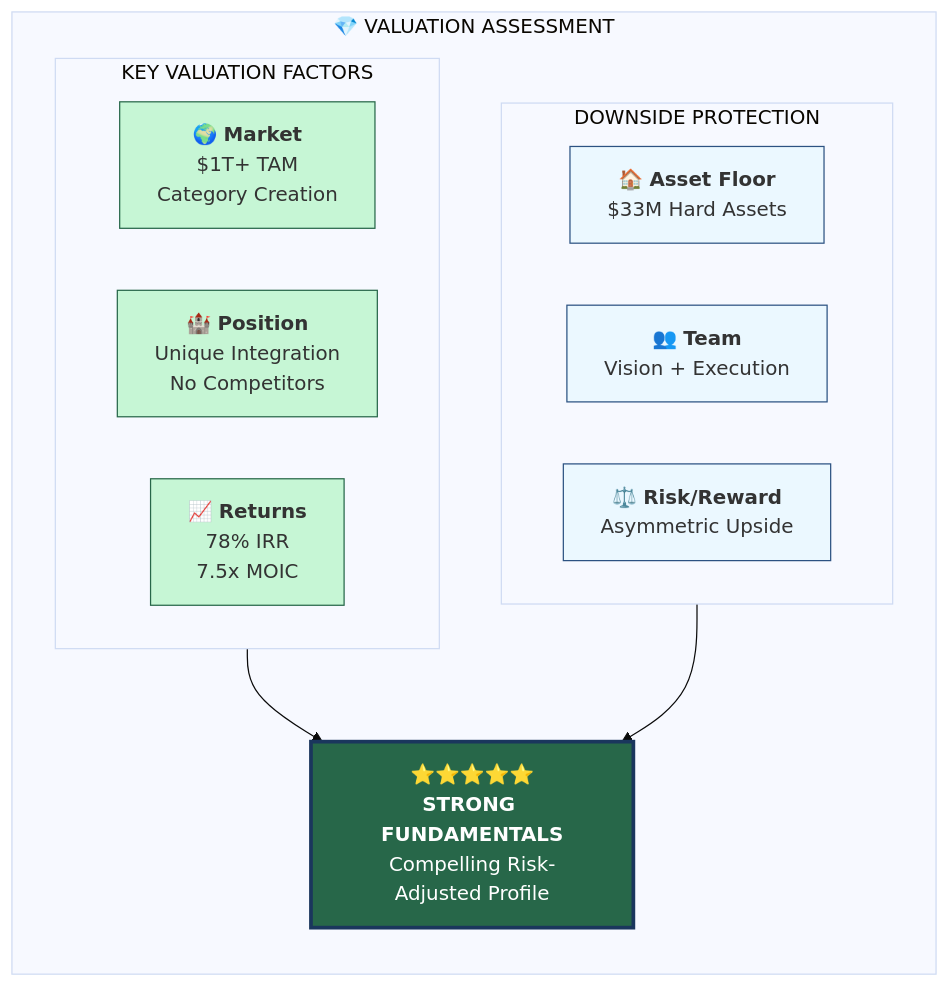
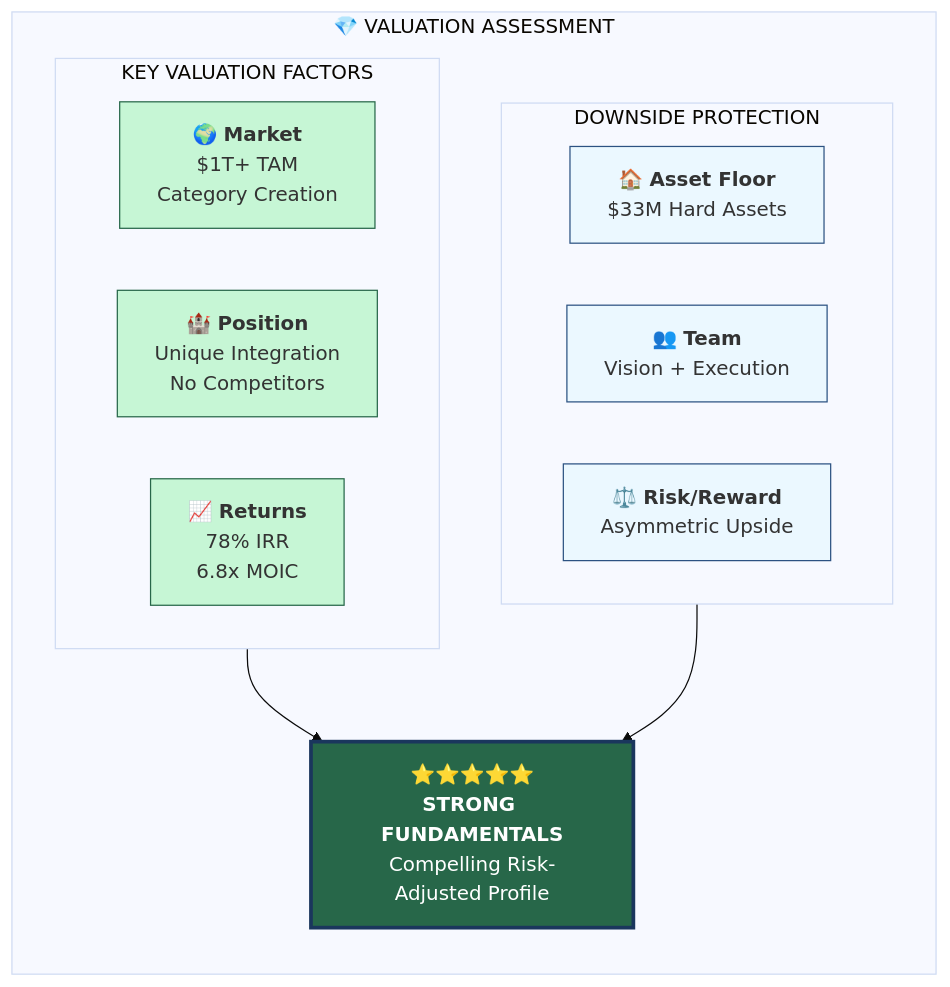
One commit to Light-Brands/epic-center changed diagram 33 of 37 in docs/pitch-packet/AI_VALUATION_REPORT_VISUAL.md. Above: the diagram before and after it, drawn with Mermaid. The commit also changed other lines of this file and 65 other files, not shown here.

````diff
--- a/docs/pitch-packet/AI_VALUATION_REPORT_VISUAL.md
+++ b/docs/pitch-packet/AI_VALUATION_REPORT_VISUAL.md
@@ -1569,34 +1569,34 @@
 ```mermaid
 %%{init: {'theme': 'base'}}%%
 flowchart TB
     subgraph ASSESSMENT["💎 VALUATION ASSESSMENT"]
         direction TB
 
         subgraph FACTORS["KEY VALUATION FACTORS"]
             direction LR
             F1["🌍 <b>Market</b><br/>$1T+ TAM<br/>Category Creation"]
             F2["🏰 <b>Position</b><br/>Unique Integration<br/>No Competitors"]
-            F3["📈 <b>Returns</b><br/>78% IRR<br/>7.5x MOIC"]
+            F3["📈 <b>Returns</b><br/>78% IRR<br/>6.8x MOIC"]
         end
 
         subgraph PROTECTION["DOWNSIDE PROTECTION"]
             direction LR
             P1["🏠 <b>Asset Floor</b><br/>$33M Hard Assets"]
             P2["👥 <b>Team</b><br/>Vision + Execution"]
             P3["⚖️ <b>Risk/Reward</b><br/>Asymmetric Upside"]
         end
 
         VERDICT["⭐⭐⭐⭐⭐<br/><b>STRONG FUNDAMENTALS</b><br/>Compelling Risk-Adjusted Profile"]
 
         FACTORS --> VERDICT
         PROTECTION --> VERDICT
     end
 
     style F1 fill:#c6f6d5,stroke:#276749
     style F2 fill:#c6f6d5,stroke:#276749
     style F3 fill:#c6f6d5,stroke:#276749
     style P1 fill:#ebf8ff,stroke:#2c5282
     style P2 fill:#ebf8ff,stroke:#2c5282
     style P3 fill:#ebf8ff,stroke:#2c5282
     style VERDICT fill:#276749,stroke:#1a365d,stroke-width:3px,color:#fff
 ```
````
